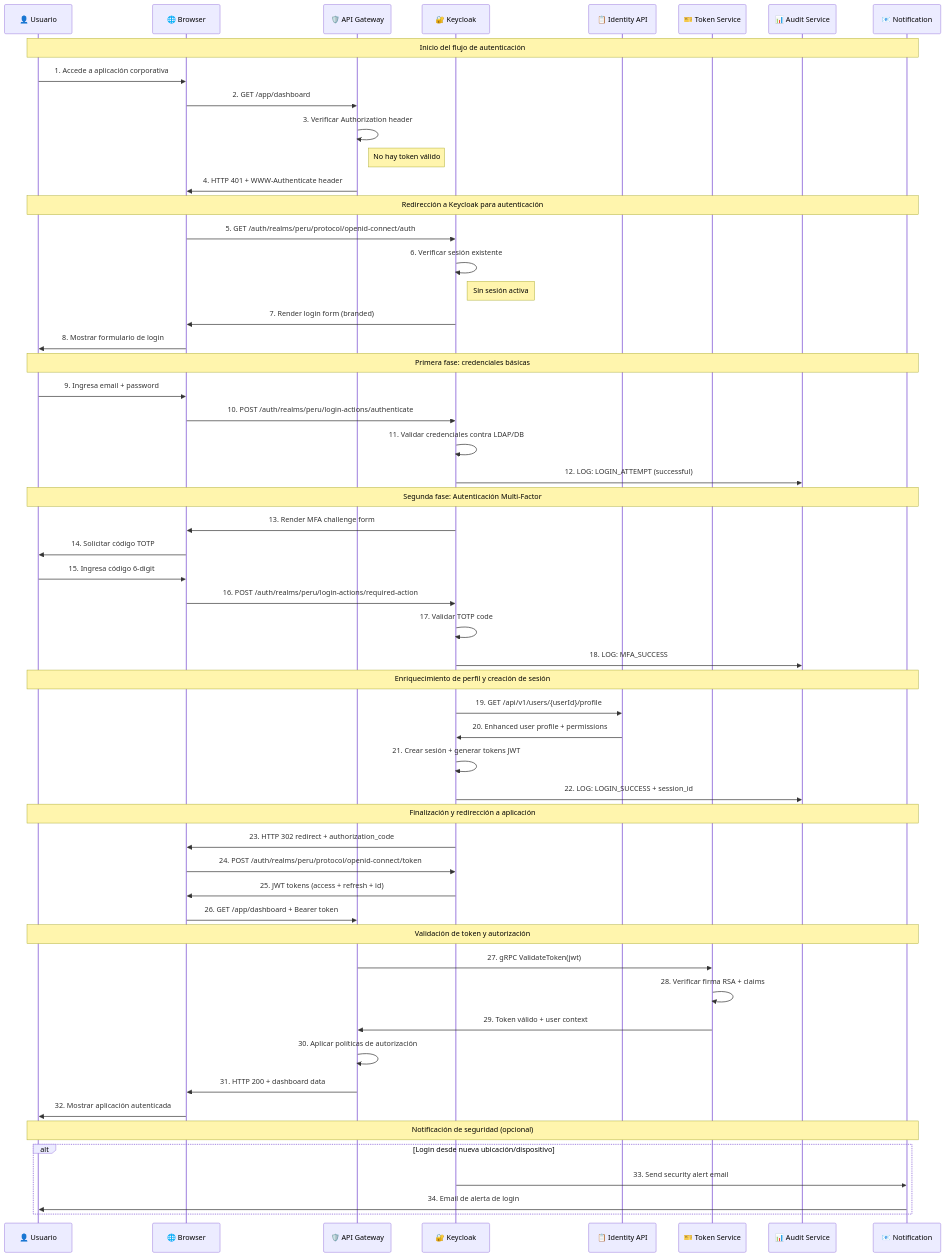
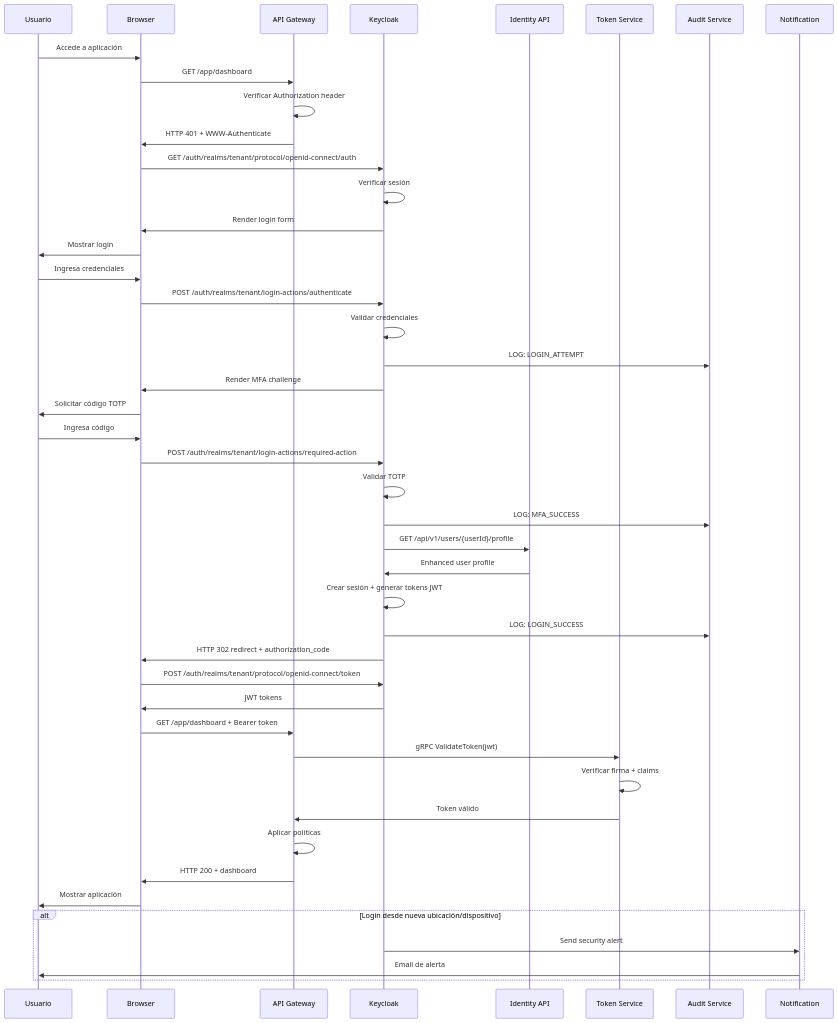
The first of 2 diagrams in docs/servicio-identidad/06-vista-tiempo-ejecucion.md (jclemente-tlm/tlm-arq-servicios-corporativos), drawn with Mermaid before and after one commit. The commit also changed other lines of this file and 52 other files, not shown here.

````diff
--- a/docs/servicio-identidad/06-vista-tiempo-ejecucion.md
+++ b/docs/servicio-identidad/06-vista-tiempo-ejecucion.md
@@ -47,73 +33,47 @@
 ```mermaid
 sequenceDiagram
-    participant User as 👤 Usuario
-    participant Browser as 🌐 Browser
-    participant Gateway as 🛡️ API Gateway
-    participant KC as 🔐 Keycloak
-    participant IdAPI as 📋 Identity API
-    participant TokenSvc as 🎫 Token Service
-    participant AuditSvc as 📊 Audit Service
-    participant NotifSvc as 📧 Notification
-
-    Note over User,NotifSvc: Inicio del flujo de autenticación
-
-    User->>Browser: 1. Accede a aplicación corporativa
-    Browser->>Gateway: 2. GET /app/dashboard
-    Gateway->>Gateway: 3. Verificar Authorization header
-    Note right of Gateway: No hay token válido
-    Gateway->>Browser: 4. HTTP 401 + WWW-Authenticate header
-
-    Note over User,NotifSvc: Redirección a Keycloak para autenticación
-
-    Browser->>KC: 5. GET /auth/realms/peru/protocol/openid-connect/auth
-    KC->>KC: 6. Verificar sesión existente
-    Note right of KC: Sin sesión activa
-    KC->>Browser: 7. Render login form (branded)
-    Browser->>User: 8. Mostrar formulario de login
-
-    Note over User,NotifSvc: Primera fase: credenciales básicas
-
-    User->>Browser: 9. Ingresa email + password
-    Browser->>KC: 10. POST /auth/realms/peru/login-actions/authenticate
-    KC->>KC: 11. Validar credenciales contra LDAP/DB
-    KC->>AuditSvc: 12. LOG: LOGIN_ATTEMPT (successful)
-
-    Note over User,NotifSvc: Segunda fase: Autenticación Multi-Factor
-
-    KC->>Browser: 13. Render MFA challenge form
-    Browser->>User: 14. Solicitar código TOTP
-    User->>Browser: 15. Ingresa código 6-digit
-    Browser->>KC: 16. POST /auth/realms/peru/login-actions/required-action
-    KC->>KC: 17. Validar TOTP code
-    KC->>AuditSvc: 18. LOG: MFA_SUCCESS
-
-    Note over User,NotifSvc: Enriquecimiento de perfil y creación de sesión
-
-    KC->>IdAPI: 19. GET /api/v1/users/{userId}/profile
-    IdAPI->>KC: 20. Enhanced user profile + permissions
-    KC->>KC: 21. Crear sesión + generar tokens JWT
-    KC->>AuditSvc: 22. LOG: LOGIN_SUCCESS + session_id
-
-    Note over User,NotifSvc: Finalización y redirección a aplicación
-
-    KC->>Browser: 23. HTTP 302 redirect + authorization_code
-    Browser->>KC: 24. POST /auth/realms/peru/protocol/openid-connect/token
-    KC->>Browser: 25. JWT tokens (access + refresh + id)
-    Browser->>Gateway: 26. GET /app/dashboard + Bearer token
-
-    Note over User,NotifSvc: Validación de token y autorización
-
-    Gateway->>TokenSvc: 27. gRPC ValidateToken(jwt)
-    TokenSvc->>TokenSvc: 28. Verificar firma RSA + claims
-    TokenSvc->>Gateway: 29. Token válido + user context
-    Gateway->>Gateway: 30. Aplicar políticas de autorización
-    Gateway->>Browser: 31. HTTP 200 + dashboard data
-    Browser->>User: 32. Mostrar aplicación autenticada
-
-    Note over User,NotifSvc: Notificación de seguridad (opcional)
-
+    participant User as Usuario
+    participant Browser as Browser
+    participant Gateway as API Gateway
+    participant KC as Keycloak
+    participant IdAPI as Identity API
+    participant TokenSvc as Token Service
+    participant AuditSvc as Audit Service
+    participant NotifSvc as Notification
+    User->>Browser: Accede a aplicación
+    Browser->>Gateway: GET /app/dashboard
+    Gateway->>Gateway: Verificar Authorization header
+    Gateway->>Browser: HTTP 401 + WWW-Authenticate
+    Browser->>KC: GET /auth/realms/tenant/protocol/openid-connect/auth
+    KC->>KC: Verificar sesión
+    KC->>Browser: Render login form
+    Browser->>User: Mostrar login
+    User->>Browser: Ingresa credenciales
+    Browser->>KC: POST /auth/realms/tenant/login-actions/authenticate
+    KC->>KC: Validar credenciales
+    KC->>AuditSvc: LOG: LOGIN_ATTEMPT
+    KC->>Browser: Render MFA challenge
+    Browser->>User: Solicitar código TOTP
+    User->>Browser: Ingresa código
+    Browser->>KC: POST /auth/realms/tenant/login-actions/required-action
+    KC->>KC: Validar TOTP
+    KC->>AuditSvc: LOG: MFA_SUCCESS
+    KC->>IdAPI: GET /api/v1/users/{userId}/profile
+    IdAPI->>KC: Enhanced user profile
+    KC->>KC: Crear sesión + generar tokens JWT
+    KC->>AuditSvc: LOG: LOGIN_SUCCESS
+    KC->>Browser: HTTP 302 redirect + authorization_code
+    Browser->>KC: POST /auth/realms/tenant/protocol/openid-connect/token
+    KC->>Browser: JWT tokens
+    Browser->>Gateway: GET /app/dashboard + Bearer token
+    Gateway->>TokenSvc: gRPC ValidateToken(jwt)
+    TokenSvc->>TokenSvc: Verificar firma + claims
+    TokenSvc->>Gateway: Token válido
+    Gateway->>Gateway: Aplicar políticas
+    Gateway->>Browser: HTTP 200 + dashboard
+    Browser->>User: Mostrar aplicación
     alt Login desde nueva ubicación/dispositivo
-        KC->>NotifSvc: 33. Send security alert email
-        NotifSvc->>User: 34. Email de alerta de login
+        KC->>NotifSvc: Send security alert
+        NotifSvc->>User: Email de alerta
     end
 ```
````
